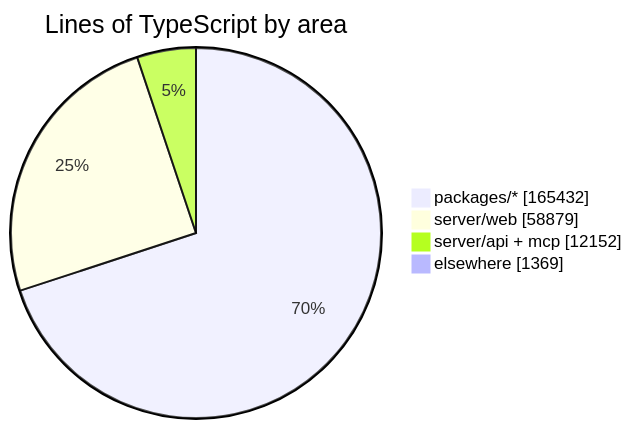
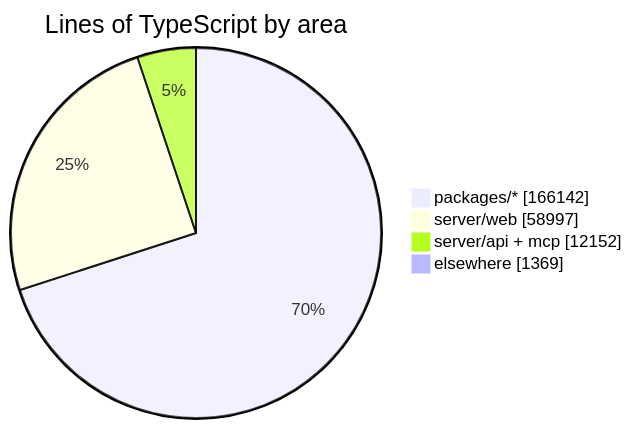
One commit to crossworks-engineering/mantle changed the diagram in README.md. Above: the diagram before and after it, drawn with Mermaid. The commit also changed other lines of this file and 2 other files, not shown here.

````diff
--- a/README.md
+++ b/README.md
@@ -279,7 +279,7 @@
 ```mermaid
 pie showData title Lines of TypeScript by area
-    "packages/*" : 165432
-    "server/web" : 58879
+    "packages/*" : 166142
+    "server/web" : 58997
     "server/api + mcp" : 12152
     "elsewhere" : 1369
 ```
````
